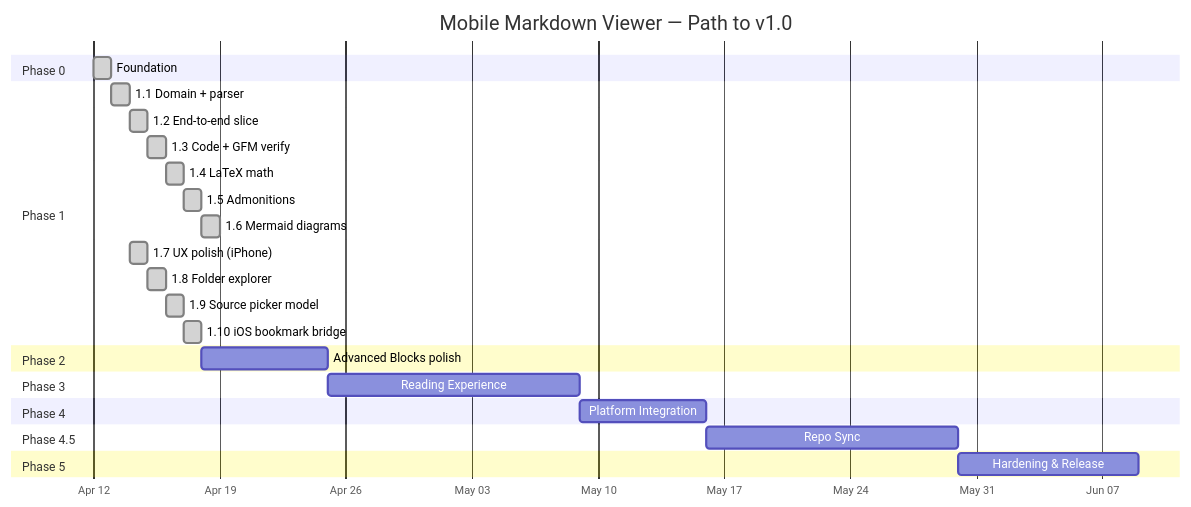
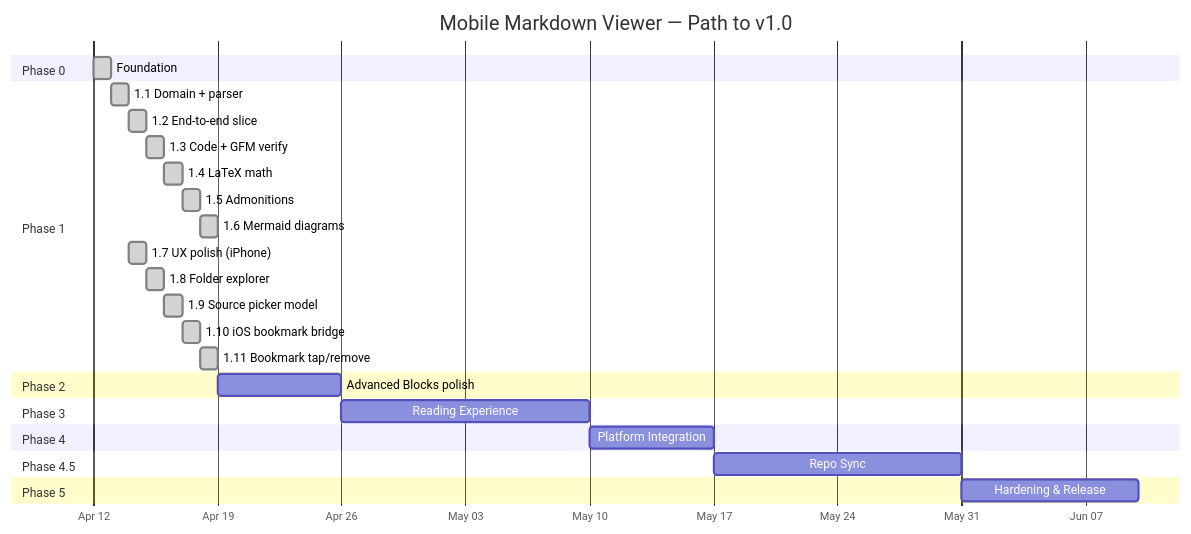
The diagram in docs/roadmap.md (cemililik/markdown-viewer-mobile), drawn with Mermaid before and after one commit. The commit also changed other lines of this file, not shown here.

First line of the commit message:
docs(roadmap): add Phase 1.11 — bookmark tap/remove rework

````diff
--- a/docs/roadmap.md
+++ b/docs/roadmap.md
@@ -8,36 +8,37 @@
 ```mermaid
 gantt
     title Mobile Markdown Viewer — Path to v1.0
     dateFormat  YYYY-MM-DD
     axisFormat  %b %d
 
     section Phase 0
     Foundation               :done, p0, 2026-04-12, 1d
 
     section Phase 1
     1.1 Domain + parser      :done, p11, 2026-04-13, 1d
     1.2 End-to-end slice     :done, p12, after p11, 1d
     1.3 Code + GFM verify    :done, p13, after p12, 1d
     1.4 LaTeX math           :done, p14, after p13, 1d
     1.5 Admonitions          :done, p15, after p14, 1d
     1.6 Mermaid diagrams     :done, p16, after p15, 1d
     1.7 UX polish (iPhone)   :done, p17, 2026-04-14, 1d
     1.8 Folder explorer      :done, p18, after p17, 1d
     1.9 Source picker model  :done, p19, after p18, 1d
     1.10 iOS bookmark bridge :done, p110, after p19, 1d
+    1.11 Bookmark tap/remove :done, p111, after p110, 1d
 
     section Phase 2
-    Advanced Blocks polish   :p2, after p110, 7d
+    Advanced Blocks polish   :p2, after p111, 7d
 
     section Phase 3
     Reading Experience       :p3, after p2, 14d
 
     section Phase 4
     Platform Integration     :p4, after p3, 7d
 
     section Phase 4.5
     Repo Sync                :p45, after p4, 14d
 
     section Phase 5
     Hardening & Release      :p5, after p45, 10d
 ```
````
